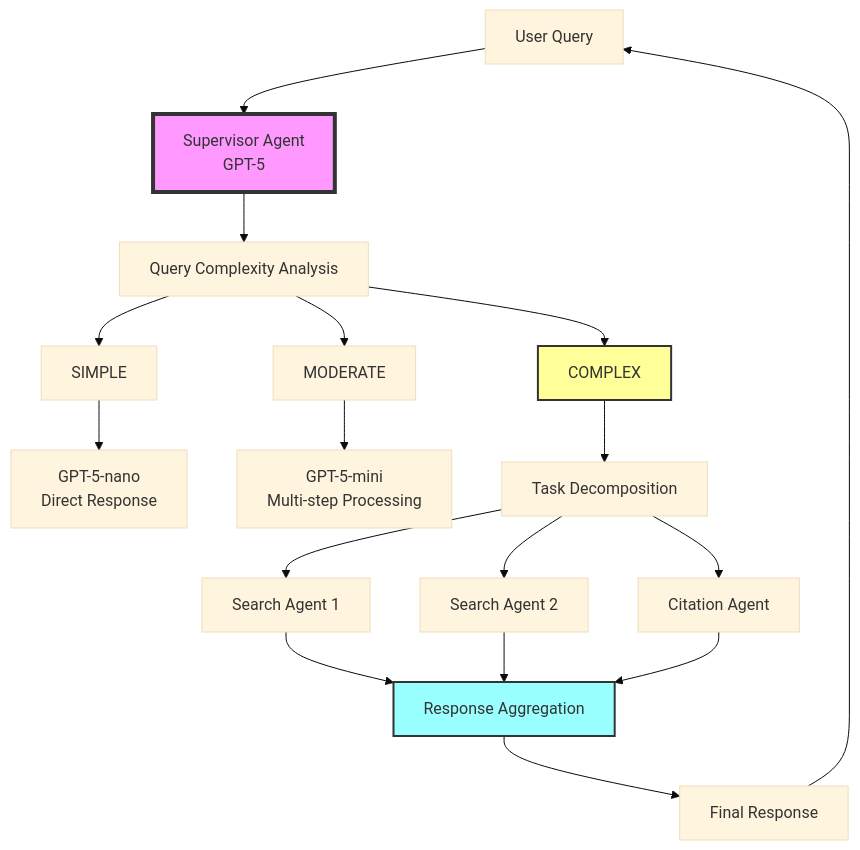
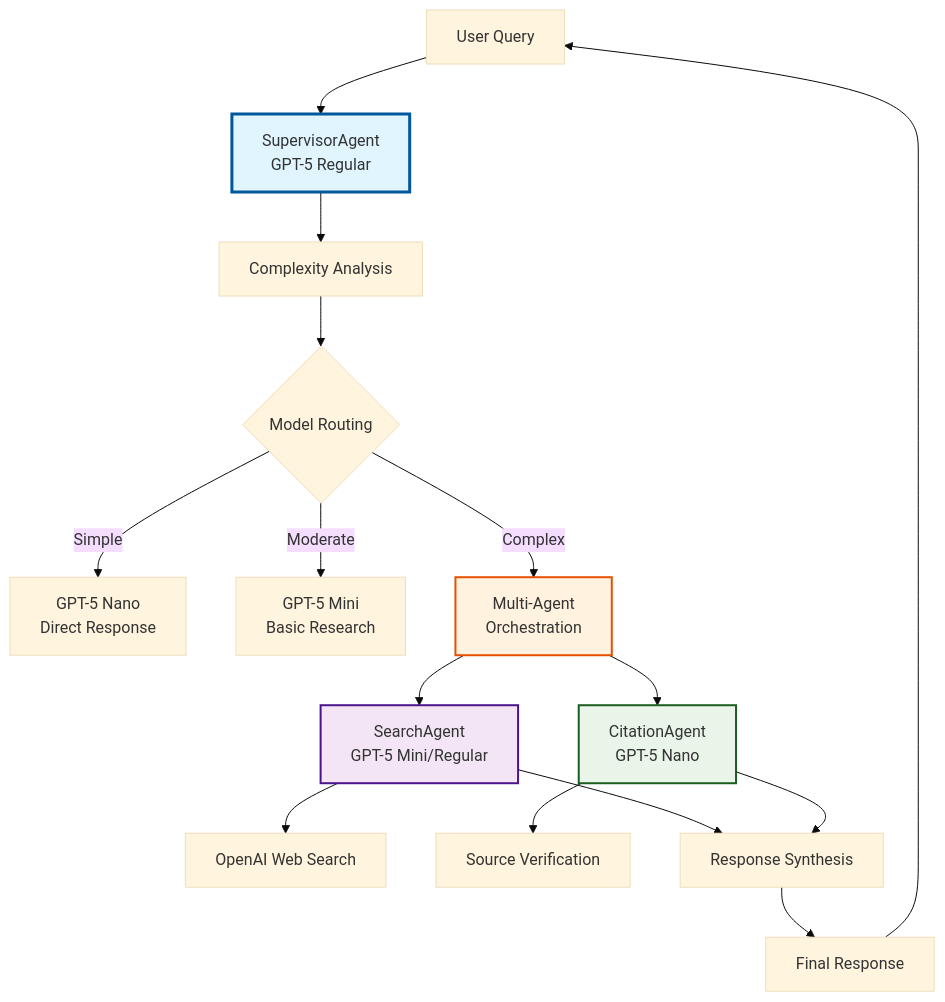
Before and after one commit to scarnyc/multi_agent_research: the diagram in README.md, drawn with Mermaid (base theme). The commit also changed other lines of this file and 1 other file, not shown here.

````diff
--- a/README.md
+++ b/README.md
@@ -59,28 +75,28 @@
 ```mermaid
 graph TB
-    User[User Query] --> Supervisor[Supervisor Agent<br/>GPT-5]
+    Query[User Query] --> Supervisor[SupervisorAgent<br/>GPT-5 Regular]
     
-    Supervisor --> Complexity[Query Complexity Analysis]
-    Complexity --> Simple[SIMPLE]
-    Complexity --> Moderate[MODERATE] 
-    Complexity --> Complex[COMPLEX]
+    Supervisor --> Analyze[Complexity Analysis]
+    Analyze --> Route{Model Routing}
     
-    Simple --> Nano[GPT-5-nano<br/>Direct Response]
-    Moderate --> Mini[GPT-5-mini<br/>Multi-step Processing]
-    Complex --> Decompose[Task Decomposition]
+    Route -->|Simple| Nano[GPT-5 Nano<br/>Direct Response]
+    Route -->|Moderate| Mini[GPT-5 Mini<br/>Basic Research]
+    Route -->|Complex| Orchestrate[Multi-Agent<br/>Orchestration]
     
-    Decompose --> Search1[Search Agent 1]
-    Decompose --> Search2[Search Agent 2]
-    Decompose --> Citation[Citation Agent]
+    Orchestrate --> Search[SearchAgent<br/>GPT-5 Mini/Regular]
+    Orchestrate --> Citation[CitationAgent<br/>GPT-5 Nano]
     
-    Search1 --> Aggregate[Response Aggregation]
-    Search2 --> Aggregate
+    Search --> WebSearch[OpenAI Web Search]
+    Citation --> Credibility[Source Verification]
+    
+    Search --> Aggregate[Response Synthesis]
     Citation --> Aggregate
     
-    Aggregate --> Response[Final Response]
-    Response --> User
+    Aggregate --> Final[Final Response]
+    Final --> Query
     
-    style Supervisor fill:#f9f,stroke:#333,stroke-width:4px
-    style Complex fill:#ff9,stroke:#333,stroke-width:2px
-    style Aggregate fill:#9ff,stroke:#333,stroke-width:2px
+    style Supervisor fill:#e1f5fe,stroke:#01579b,stroke-width:3px
+    style Orchestrate fill:#fff3e0,stroke:#e65100,stroke-width:2px
+    style Search fill:#f3e5f5,stroke:#4a148c,stroke-width:2px
+    style Citation fill:#e8f5e8,stroke:#1b5e20,stroke-width:2px
 ```
````
